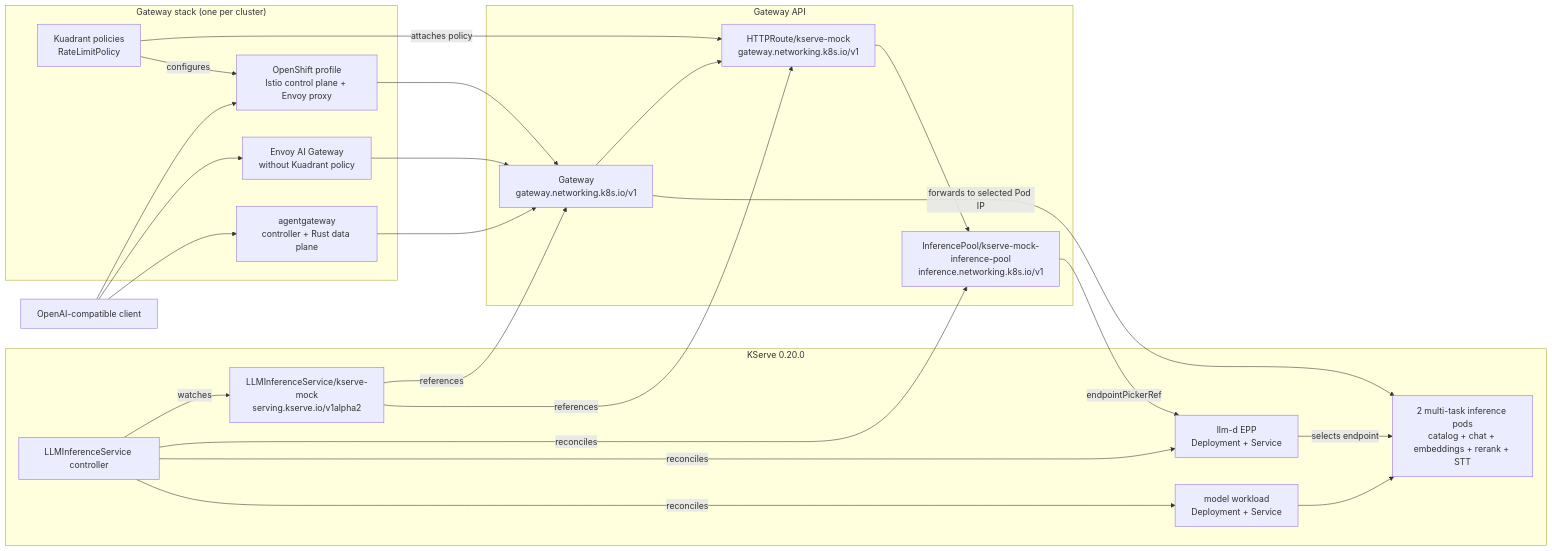
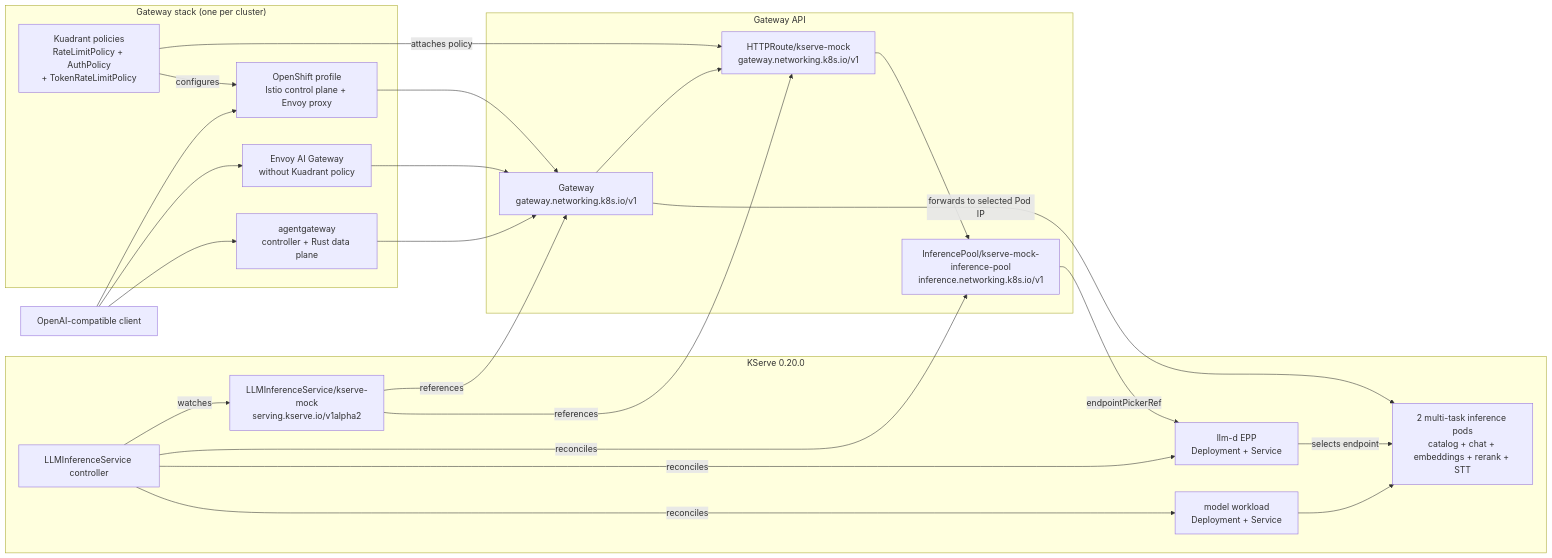
The diagram in README.md (nolimitkun/ai-gateway), drawn with Mermaid before and after one commit. The commit also changed other lines of this file and 22 other files, not shown here.

````diff
--- a/README.md
+++ b/README.md
@@ -330,47 +487,47 @@
 ```mermaid
 flowchart LR
   CLIENT["OpenAI-compatible client"]
 
   subgraph Gateways["Gateway stack (one per cluster)"]
-    KU["Kuadrant policies<br/>RateLimitPolicy"]
+    KU["Kuadrant policies<br/>RateLimitPolicy + AuthPolicy<br/>+ TokenRateLimitPolicy"]
     KUOS["OpenShift profile<br/>Istio control plane + Envoy proxy"]
     EAIG["Envoy AI Gateway<br/>without Kuadrant policy"]
     AG["agentgateway<br/>controller + Rust data plane"]
   end
 
   subgraph GatewayAPI["Gateway API"]
     GW["Gateway<br/>gateway.networking.k8s.io/v1"]
     ROUTE["HTTPRoute/kserve-mock<br/>gateway.networking.k8s.io/v1"]
     POOL["InferencePool/kserve-mock-inference-pool<br/>inference.networking.k8s.io/v1"]
   end
 
   subgraph KServe["KServe 0.20.0"]
     CTRL["LLMInferenceService controller"]
     LLMISVC["LLMInferenceService/kserve-mock<br/>serving.kserve.io/v1alpha2"]
     EPP["llm-d EPP<br/>Deployment + Service"]
     WORKLOAD["model workload<br/>Deployment + Service"]
     PODS["2 multi-task inference pods<br/>catalog + chat + embeddings + rerank + STT"]
   end
 
   KU -->|attaches policy| ROUTE
   KU -->|configures| KUOS
   CLIENT --> KUOS
   CLIENT --> EAIG
   CLIENT --> AG
   KUOS --> GW
   EAIG --> GW
   AG --> GW
   GW --> ROUTE
   ROUTE --> POOL
   POOL -->|endpointPickerRef| EPP
   EPP -->|selects endpoint| PODS
   GW -->|forwards to selected Pod IP| PODS
 
   CTRL -->|watches| LLMISVC
   LLMISVC -->|references| GW
   LLMISVC -->|references| ROUTE
   CTRL -->|reconciles| POOL
   CTRL -->|reconciles| EPP
   CTRL -->|reconciles| WORKLOAD
   WORKLOAD --> PODS
 ```
````
